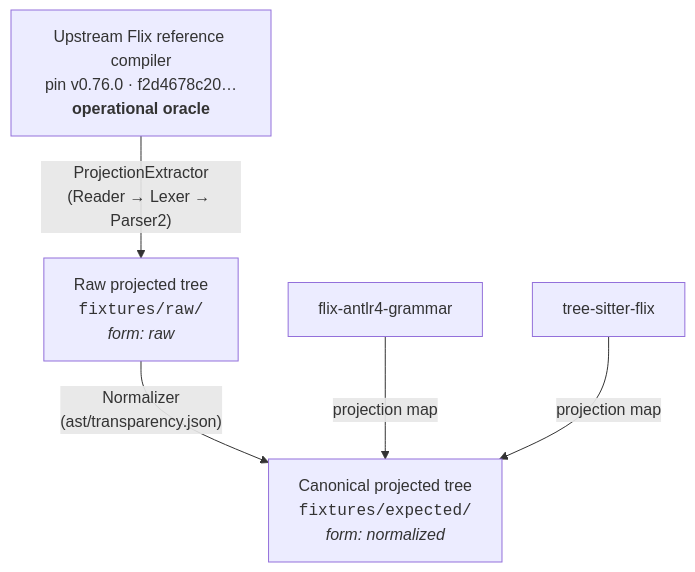
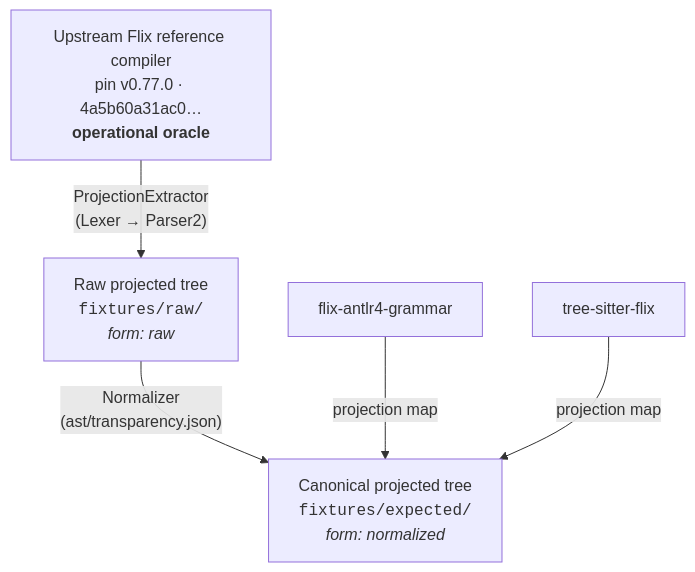
The diagram in docs/PROJECTION.md (wstein/flix-spec), drawn with Mermaid before and after one commit. The commit also changed 10 other files, not shown here.

````diff
--- a/docs/PROJECTION.md
+++ b/docs/PROJECTION.md
@@ -14,13 +14,13 @@
 ```mermaid
 flowchart TD
-    UP["Upstream Flix reference compiler<br/>pin v0.76.0 · f2d4678c20…<br/><b>operational oracle</b>"]
+    UP["Upstream Flix reference compiler<br/>pin v0.77.0 · 4a5b60a31ac0…<br/><b>operational oracle</b>"]
     RAW["Raw projected tree<br/><code>fixtures/raw/</code><br/><i>form: raw</i>"]
     CANON["Canonical projected tree<br/><code>fixtures/expected/</code><br/><i>form: normalized</i>"]
     C1["flix-antlr4-grammar"]
     C2["tree-sitter-flix"]
 
-    UP -->|"ProjectionExtractor<br/>(Reader → Lexer → Parser2)"| RAW
+    UP -->|"ProjectionExtractor<br/>(Lexer → Parser2)"| RAW
     RAW -->|"Normalizer<br/>(ast/transparency.json)"| CANON
     C1 -->|"projection map"| CANON
     C2 -->|"projection map"| CANON
 ```
````
